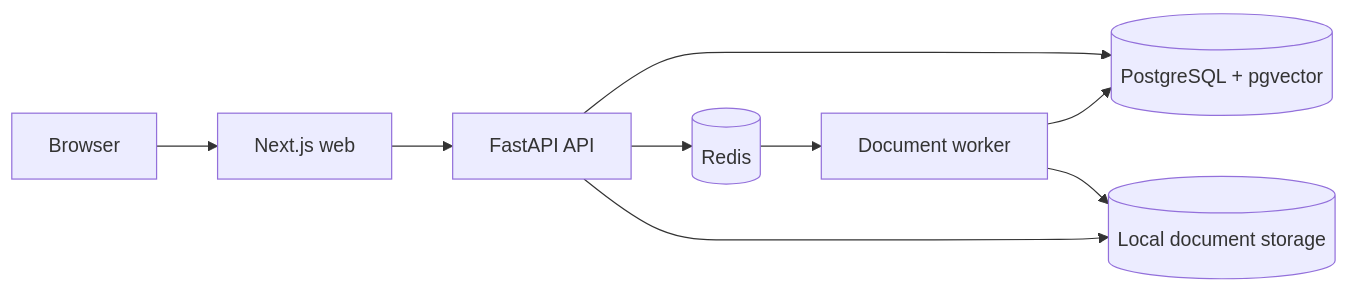
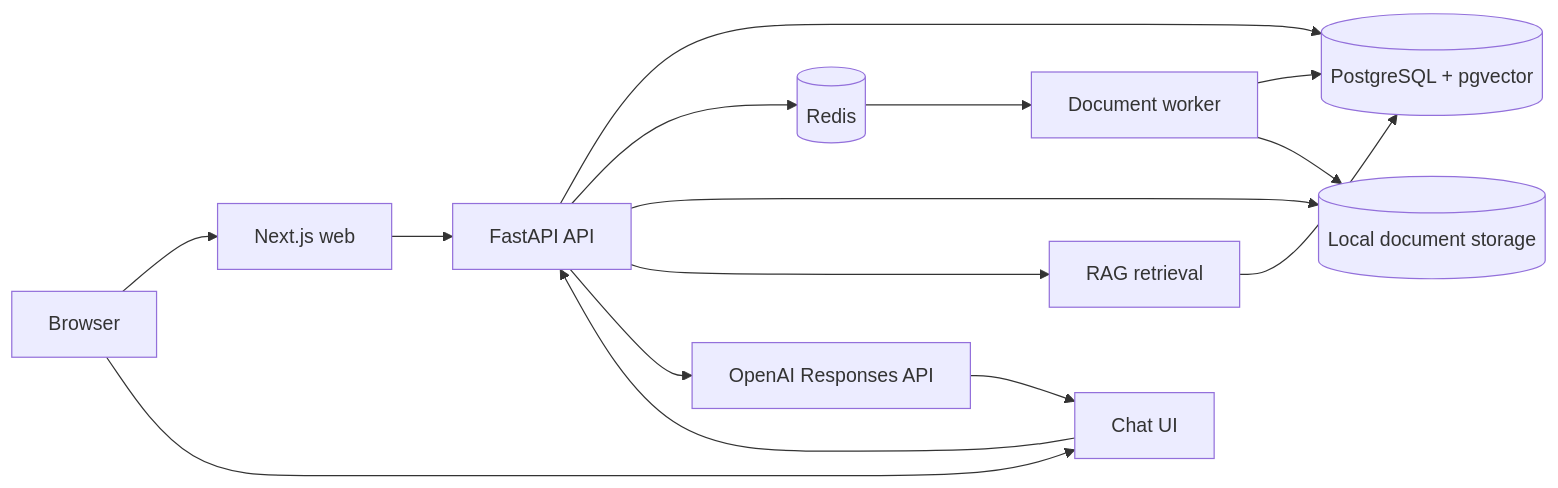
Before and after one commit to SantoshThkr/ops-ai: the diagram in docs/architecture.md, drawn with Mermaid. The commit also changed other lines of this file and 13 other files, not shown here.

````diff
--- a/docs/architecture.md
+++ b/docs/architecture.md
@@ -3,11 +3,18 @@
 ```mermaid
 flowchart LR
     Browser[Browser] --> Web[Next.js web]
     Web --> API[FastAPI API]
     API --> Postgres[(PostgreSQL + pgvector)]
     API --> Redis[(Redis)]
     API --> Storage[(Local document storage)]
     Redis --> Worker[Document worker]
     Worker --> Postgres
     Worker --> Storage
+
+    Browser --> Chat[Chat UI]
+    Chat --> API
+    API --> Retrieval[RAG retrieval]
+    Retrieval --> Postgres
+    API --> LLM[OpenAI Responses API]
+    LLM --> Chat
 ```
````
